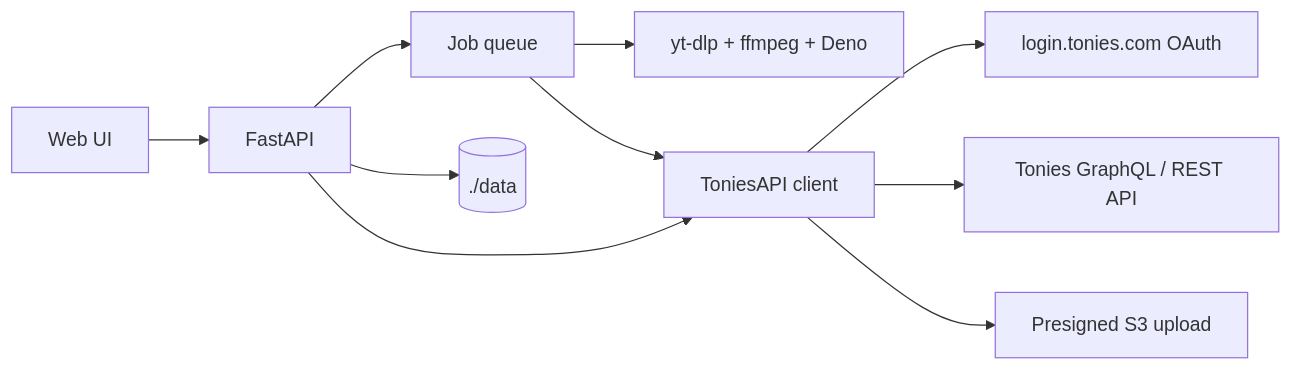
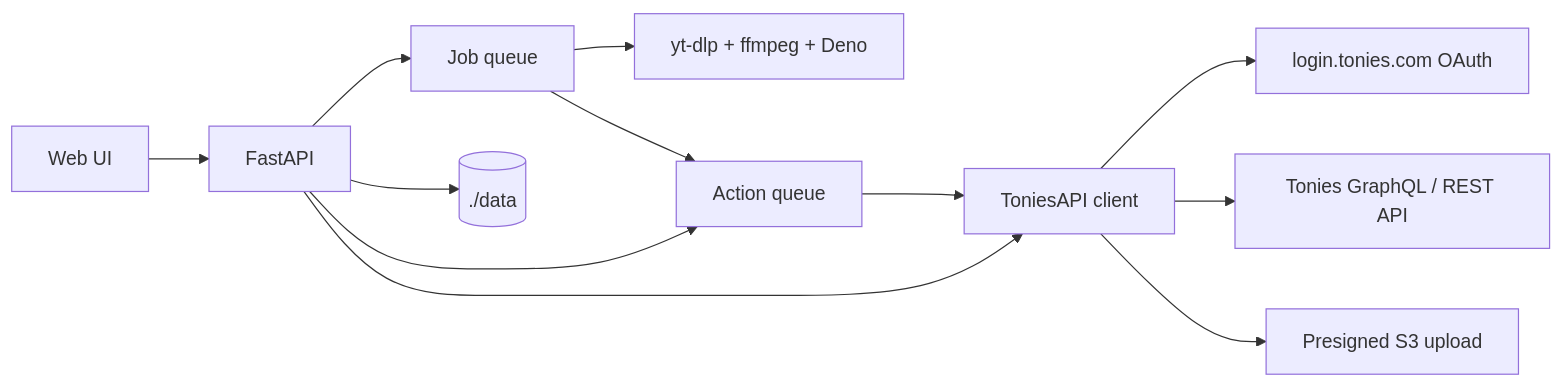
Before and after one commit to c1rca/tonies-yt: the diagram in docs/APP_OVERVIEW.md, drawn with Mermaid. The commit also changed other lines of this file and 7 other files, not shown here.

````diff
--- a/docs/APP_OVERVIEW.md
+++ b/docs/APP_OVERVIEW.md
@@ -35,12 +35,14 @@
 ```mermaid
 flowchart LR
   UI[Web UI] --> API[FastAPI]
   API --> JOBS[Job queue]
   JOBS --> YTDLP[yt-dlp + ffmpeg + Deno]
-  JOBS --> TONIES[ToniesAPI client]
+  JOBS --> QUEUE[Action queue]
+  API --> QUEUE
+  QUEUE --> TONIES[ToniesAPI client]
   API --> TONIES
   TONIES --> AUTH[login.tonies.com OAuth]
   TONIES --> CLOUD[Tonies GraphQL / REST API]
   TONIES --> S3[Presigned S3 upload]
   API --> DATA[(./data)]
 ```
````
